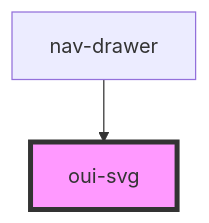
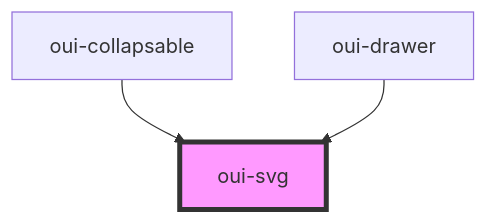
The diagram in src/components/svg/readme.md (oberd/oui), drawn with Mermaid before and after one commit. The commit also changed other lines of this file and 5 other files, not shown here.

````diff
--- a/src/components/svg/readme.md
+++ b/src/components/svg/readme.md
@@ -23,5 +24,6 @@
 ```mermaid
 graph TD;
-  nav-drawer --> oui-svg
+  oui-collapsable --> oui-svg
+  oui-drawer --> oui-svg
   style oui-svg fill:#f9f,stroke:#333,stroke-width:4px
 ```
````
